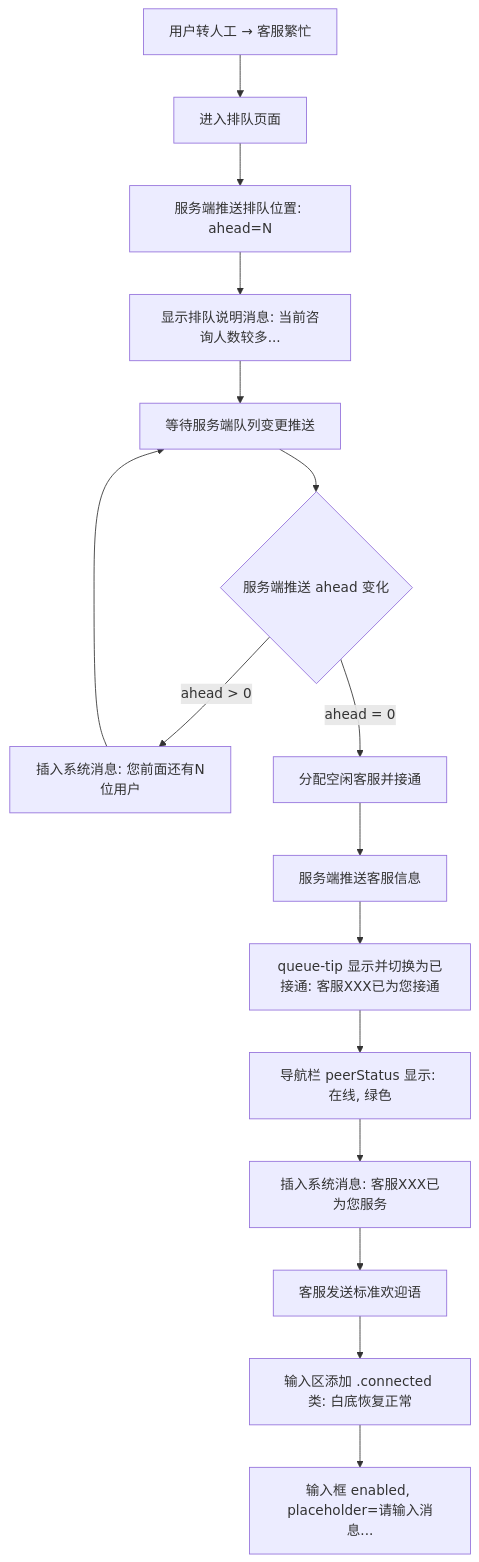
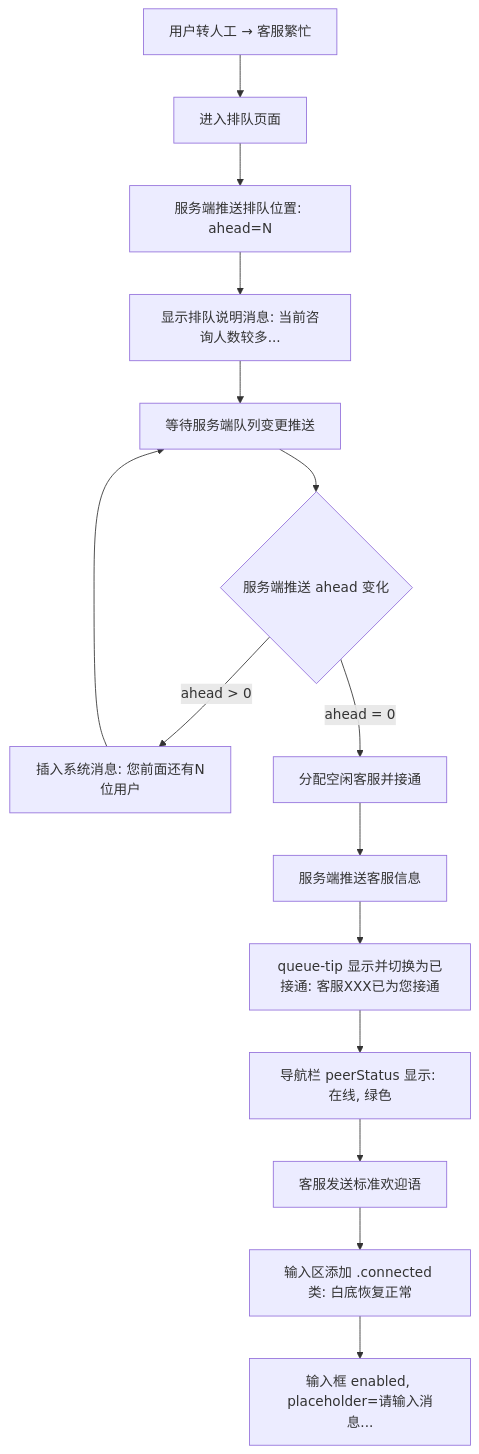
One commit to lyuxiaohei/OCS changed the diagram in prototype-cs/user/PRD/03-排队等待.md. Above: the diagram before and after it, drawn with Mermaid. The commit also changed other lines of this file and 19 other files, not shown here.

````diff
--- a/prototype-cs/user/PRD/03-排队等待.md
+++ b/prototype-cs/user/PRD/03-排队等待.md
@@ -52,18 +51,17 @@
 ```mermaid
 flowchart TD
     A[用户转人工 → 客服繁忙] --> B[进入排队页面]
     B --> C[服务端推送排队位置: ahead=N]
     C --> D[显示排队说明消息: 当前咨询人数较多...]
     D --> E[等待服务端队列变更推送]
     E --> F{服务端推送 ahead 变化}
     F -->|ahead > 0| G[插入系统消息: 您前面还有N位用户]
     G --> E
     F -->|ahead = 0| H[分配空闲客服并接通]
     H --> I[服务端推送客服信息]
     I --> J[queue-tip 显示并切换为已接通: 客服XXX已为您接通]
     J --> K[导航栏 peerStatus 显示: 在线, 绿色]
-    K --> L[插入系统消息: 客服XXX已为您服务]
-    L --> M[客服发送标准欢迎语]
-    M --> N[输入区添加 .connected 类: 白底恢复正常]
-    N --> O[输入框 enabled, placeholder=请输入消息...]
+    K --> L[客服发送标准欢迎语]
+    L --> M[输入区添加 .connected 类: 白底恢复正常]
+    M --> N[输入框 enabled, placeholder=请输入消息...]
 ```
````
